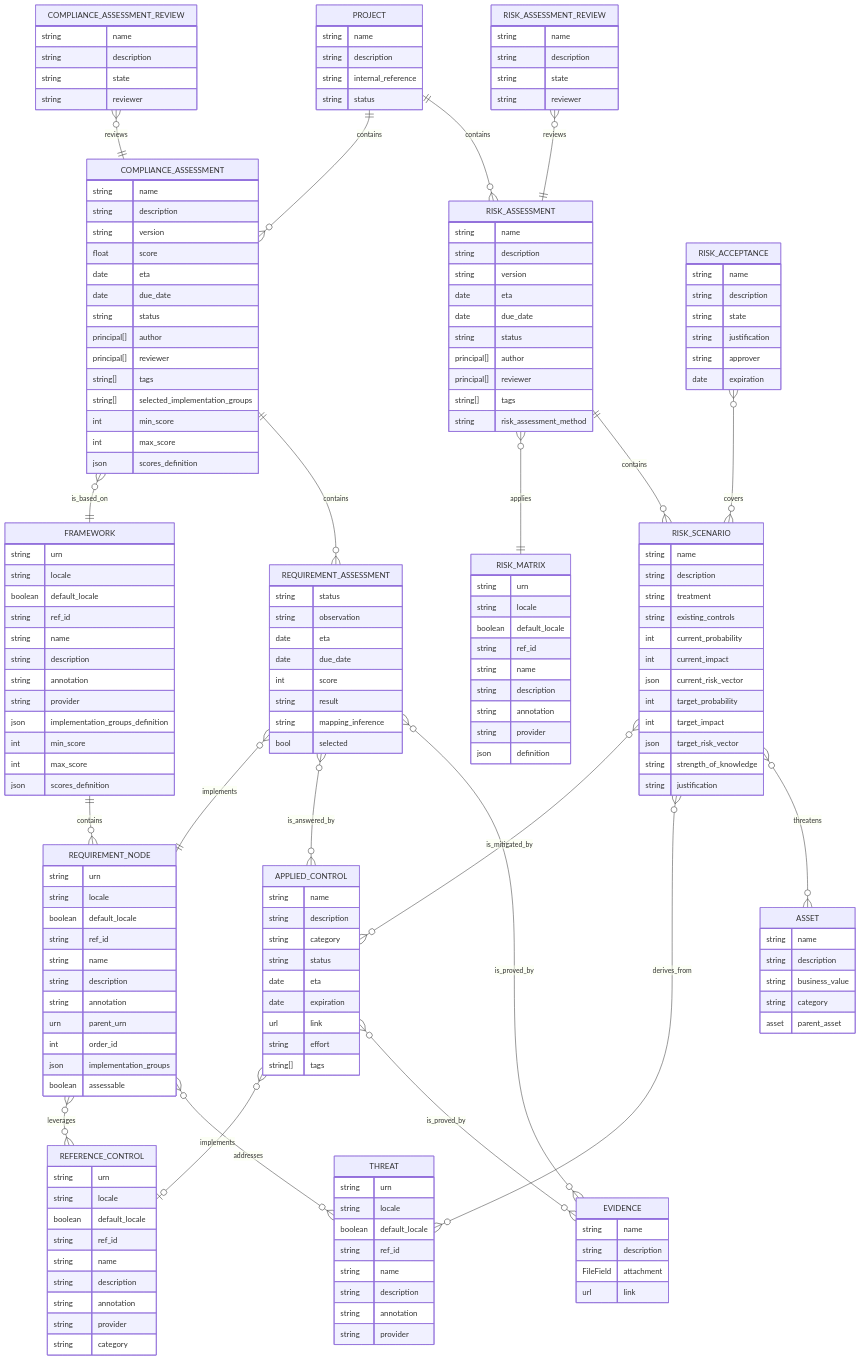
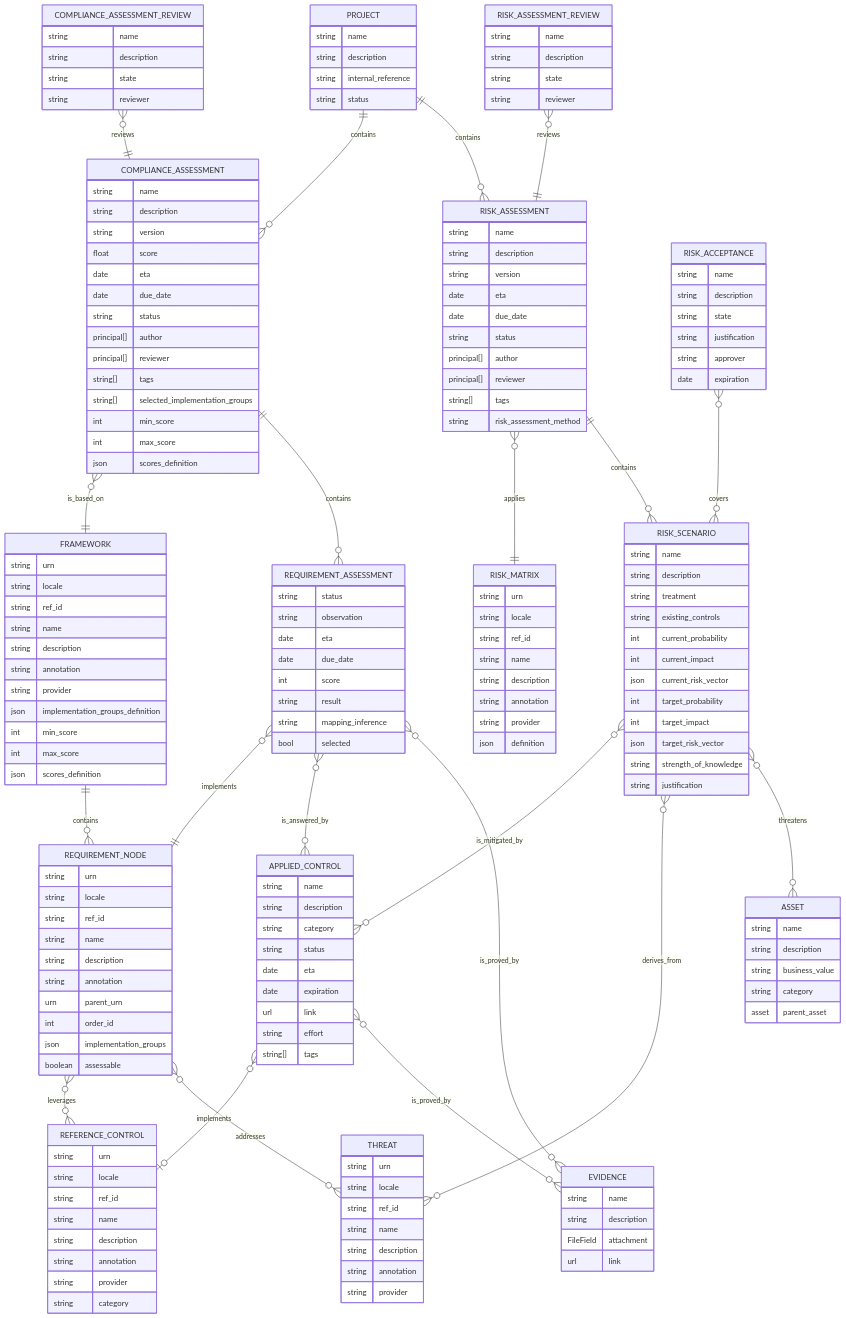
Before and after one commit to intuitem/ciso-assistant-community: the fourth of 7 diagrams in documentation/architecture/data-model.md, drawn with Mermaid. The commit also changed other lines of this file, not shown here.

```diff
--- a/documentation/architecture/data-model.md
+++ b/documentation/architecture/data-model.md
@@ -103,7 +110,6 @@
     FRAMEWORK {
         string  urn
         string  locale
-        boolean default_locale
         string  ref_id
         string  name
         string  description
@@ -151,7 +157,6 @@
     THREAT {
         string  urn
         string  locale
-        boolean default_locale
         string  ref_id
         string  name
         string  description
@@ -162,7 +167,6 @@
     REQUIREMENT_NODE {
         string  urn
         string  locale
-        boolean default_locale
         string  ref_id
         string  name
         string  description
@@ -177,7 +181,6 @@
     REFERENCE_CONTROL {
         string  urn
         string  locale
-        boolean default_locale
         string  ref_id
         string  name
         string  description
@@ -222,7 +225,6 @@
     RISK_MATRIX {
         string  urn
         string  locale
-        boolean default_locale
         string  ref_id
         string  name
         string  description
```
